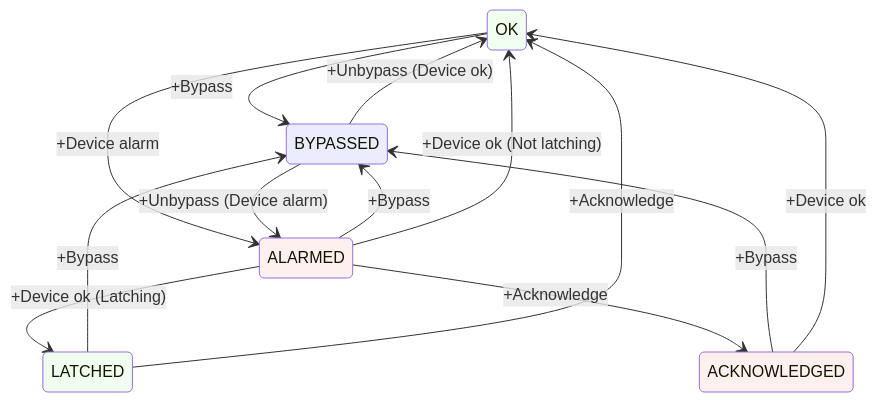
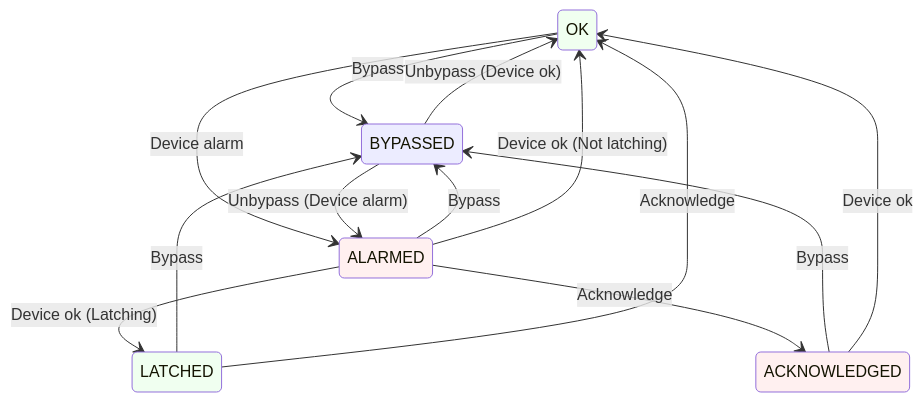
One commit to fermi-ad/acorn-alarms-service changed the diagram in README.md. Above: the diagram before and after it, drawn with Mermaid.

Commit message:
minor formatting

````diff
--- a/README.md
+++ b/README.md
@@ -50,19 +50,24 @@
 ```mermaid
 stateDiagram-v2
-  OK --> BYPASSED: +Bypass
-  OK --> ALARMED: +Device alarm
-  BYPASSED --> OK: +Unbypass (Device ok)
-  BYPASSED --> ALARMED: +Unbypass (Device alarm)
-  ALARMED --> BYPASSED: +Bypass
-  ALARMED --> OK: +Device ok (Not latching)
-  ALARMED --> LATCHED: +Device ok (Latching)
-  ALARMED --> ACKNOWLEDGED: +Acknowledge
-  ACKNOWLEDGED --> BYPASSED: +Bypass
-  ACKNOWLEDGED --> OK: +Device ok
-  LATCHED --> BYPASSED: +Bypass
-  LATCHED --> OK: +Acknowledge
-  style OK fill:#F0FFF0
-  style LATCHED fill:#F0FFF0
-  style ALARMED fill:#FFF0F0
-  style ACKNOWLEDGED fill:#FFF0F0
+  OK --> BYPASSED: Bypass
+  OK --> ALARMED: Device alarm
+
+  BYPASSED --> OK: Unbypass (Device ok)
+  BYPASSED --> ALARMED: Unbypass (Device alarm)
+
+  ALARMED --> BYPASSED: Bypass
+  ALARMED --> OK: Device ok (Not latching)
+  ALARMED --> LATCHED: Device ok (Latching)
+  ALARMED --> ACKNOWLEDGED: Acknowledge
+
+  ACKNOWLEDGED --> BYPASSED: Bypass
+  ACKNOWLEDGED --> OK: Device ok
+
+  LATCHED --> BYPASSED: Bypass
+  LATCHED --> OK: Acknowledge
+
+  style OK            fill:#F0FFF0
+  style LATCHED       fill:#F0FFF0
+  style ALARMED       fill:#FFF0F0
+  style ACKNOWLEDGED  fill:#FFF0F0
 ```
````
